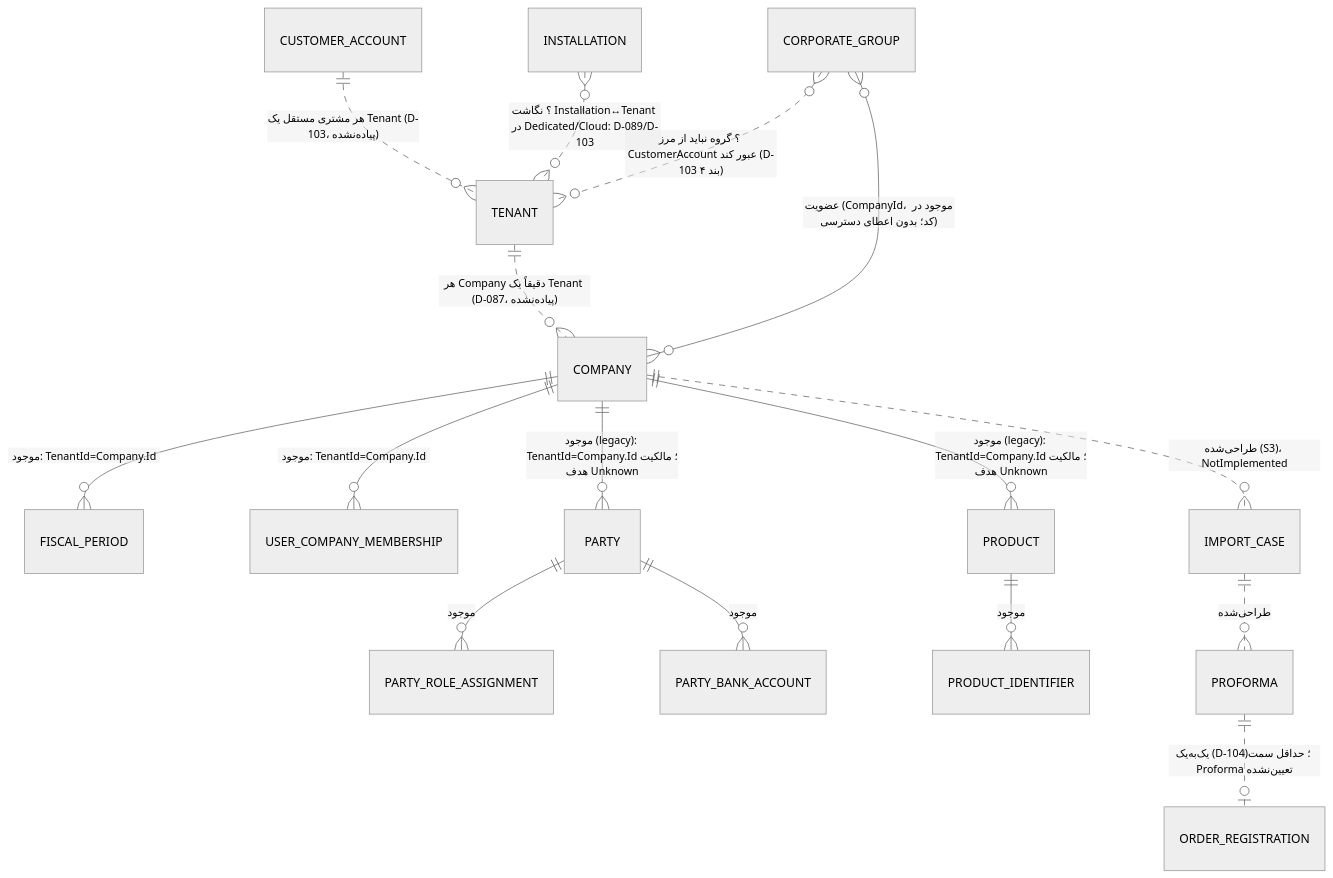
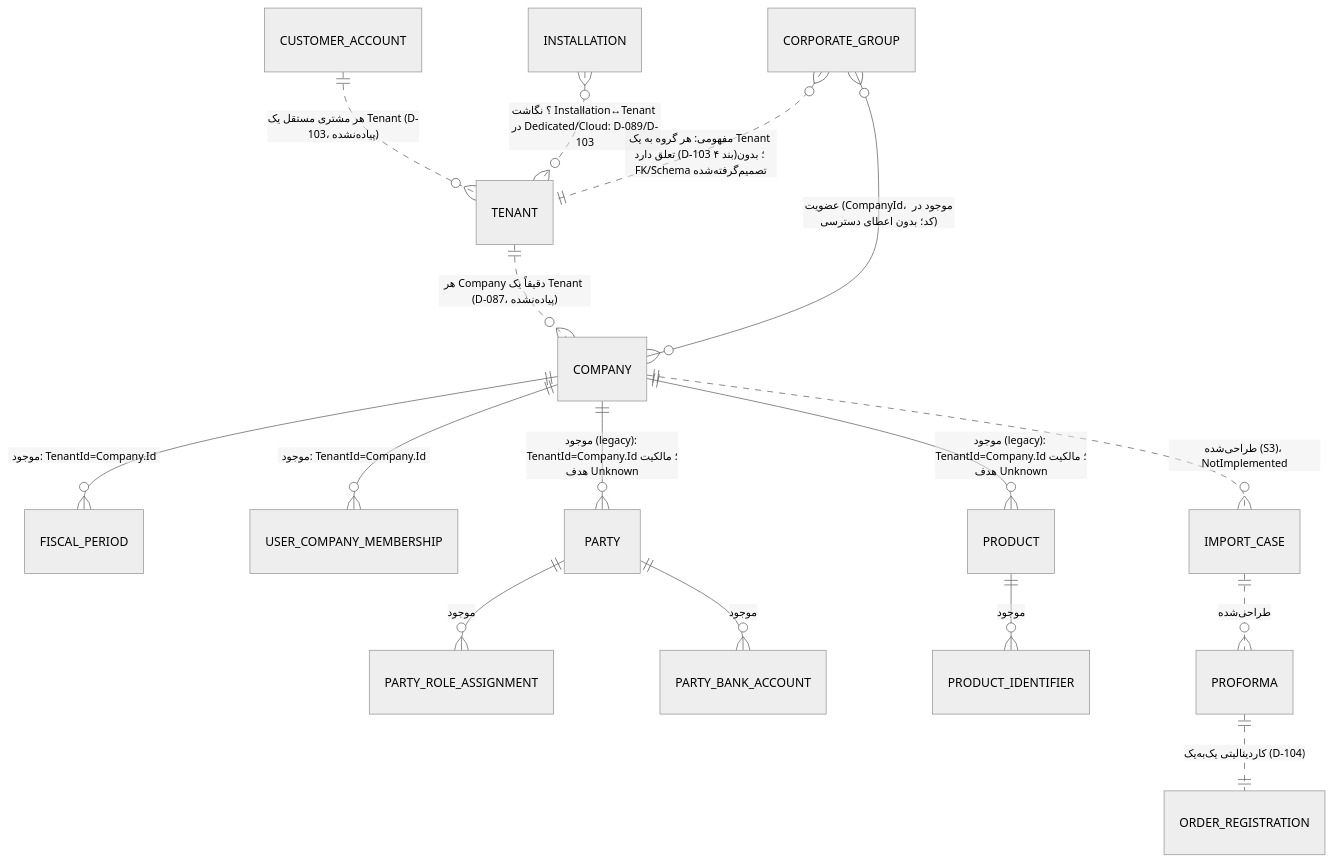
One commit to hamidreza1394/Accounting changed the diagram in docs/TRADE_TENANT_COMPANY_AUDIT.md. Above: the diagram before and after it, drawn with Mermaid (neutral theme). The commit also changed other lines of this file and 4 other files, not shown here.

First line of the commit message:
docs(trade): اصلاح ERD گروه شرکتی، دقیق‌سازی ادعای ایزولاسیون و هماهنگی D-104

````diff
--- a/docs/TRADE_TENANT_COMPANY_AUDIT.md
+++ b/docs/TRADE_TENANT_COMPANY_AUDIT.md
@@ -180,18 +180,18 @@
 ```mermaid
 erDiagram
     CUSTOMER_ACCOUNT ||..o{ TENANT : "هر مشتری مستقل یک Tenant (D-103، پیاده‌نشده)"
     TENANT ||..o{ COMPANY : "هر Company دقیقاً یک Tenant (D-087، پیاده‌نشده)"
     INSTALLATION }o..o{ TENANT : "؟ نگاشت Installation↔Tenant در Dedicated/Cloud: D-089/D-103"
     CORPORATE_GROUP }o--o{ COMPANY : "عضویت (CompanyId، موجود در کد؛ بدون اعطای دسترسی)"
-    CORPORATE_GROUP }o..o{ TENANT : "؟ گروه نباید از مرز CustomerAccount عبور کند (D-103 بند ۴)"
+    CORPORATE_GROUP }o..|| TENANT : "مفهومی: هر گروه به یک Tenant تعلق دارد (D-103 بند ۴)؛ بدون FK/Schema تصمیم‌گرفته‌شده"
     COMPANY ||--o{ FISCAL_PERIOD : "موجود: TenantId=Company.Id"
     COMPANY ||--o{ USER_COMPANY_MEMBERSHIP : "موجود: TenantId=Company.Id"
     COMPANY ||--o{ PARTY : "موجود (legacy): TenantId=Company.Id؛ مالکیت هدف Unknown"
     COMPANY ||--o{ PRODUCT : "موجود (legacy): TenantId=Company.Id؛ مالکیت هدف Unknown"
     PARTY ||--o{ PARTY_ROLE_ASSIGNMENT : "موجود"
     PARTY ||--o{ PARTY_BANK_ACCOUNT : "موجود"
     PRODUCT ||--o{ PRODUCT_IDENTIFIER : "موجود"
     COMPANY ||..o{ IMPORT_CASE : "طراحی‌شده (S3)، NotImplemented"
     IMPORT_CASE ||..o{ PROFORMA : "طراحی‌شده"
-    PROFORMA ||..o| ORDER_REGISTRATION : "یک‌به‌یک (D-104)؛ حداقل سمت Proforma تعیین‌نشده"
+    PROFORMA ||..|| ORDER_REGISTRATION : "کاردینالیتی یک‌به‌یک (D-104)"
 ```
````
